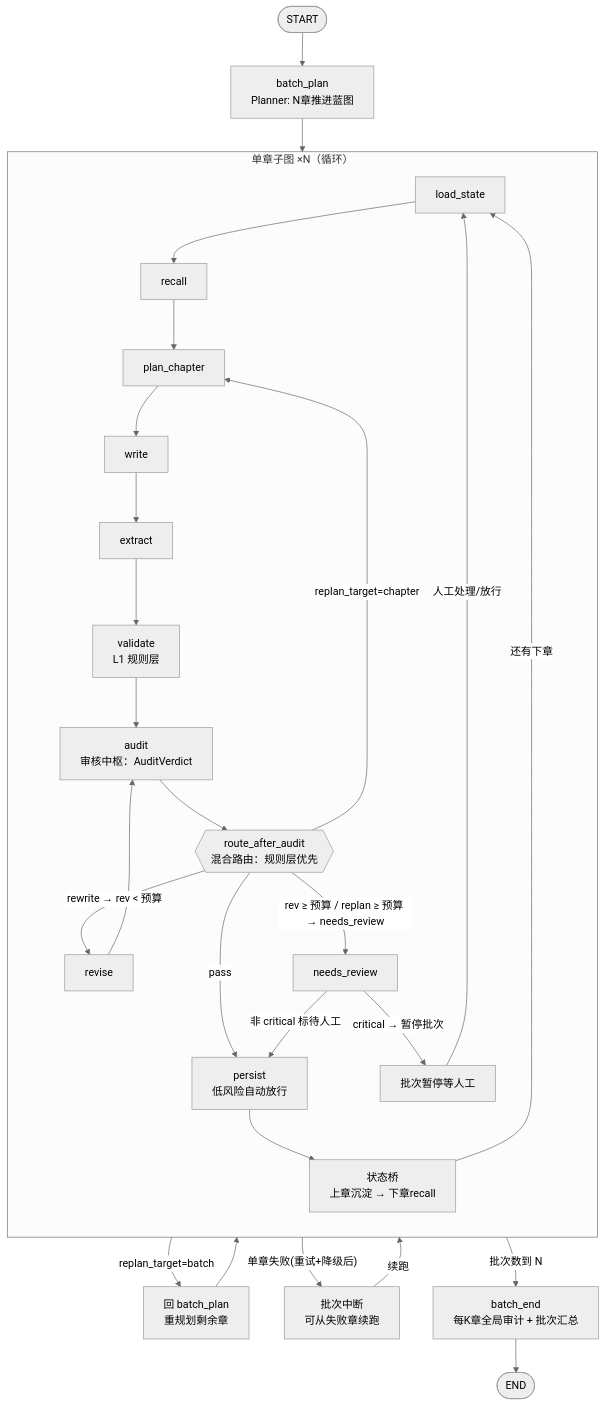
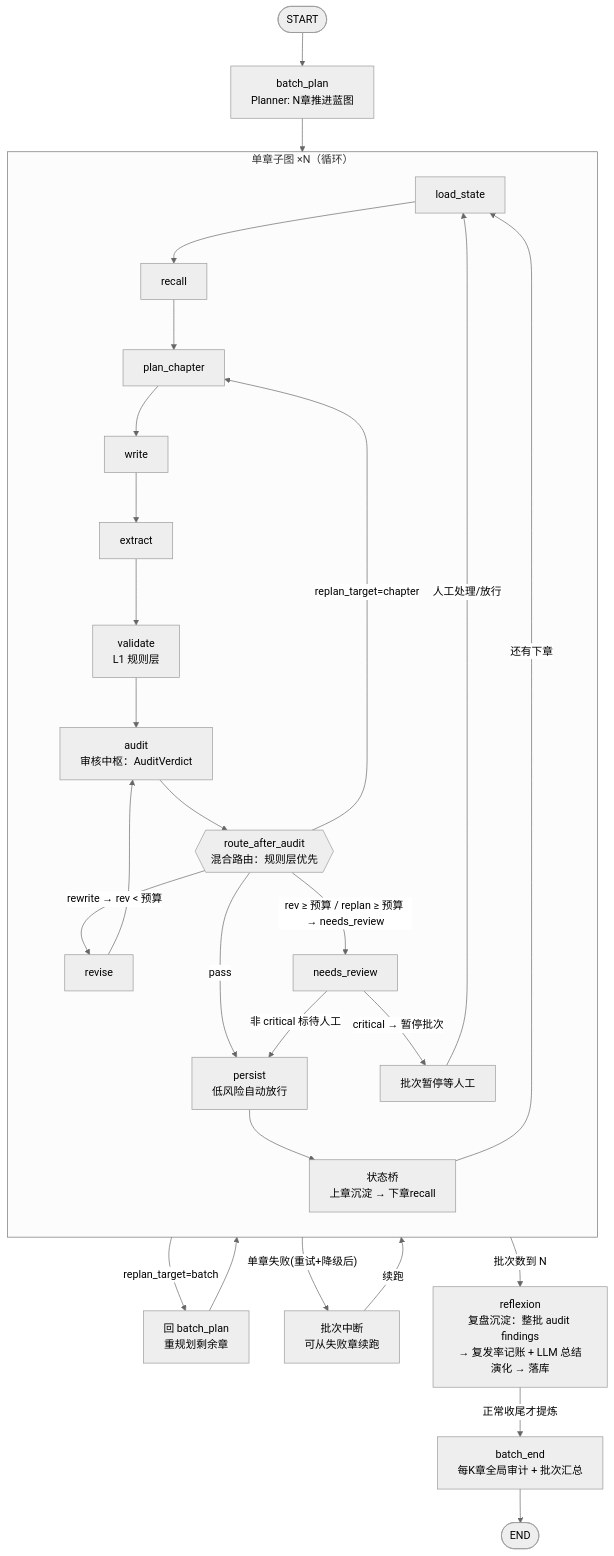
One commit to frostloom/Myink changed the diagram in spec/state-flow.md. Above: the diagram before and after it, drawn with Mermaid (neutral theme). The commit also changed other lines of this file and 18 other files, not shown here.

First line of the commit message:
阶段 3 首切片：reflexion 复盘沉淀闭环（audit 发现 → 跨章经验总结演化 → 注入后续章 + 复发率指标）

````diff
--- a/spec/state-flow.md
+++ b/spec/state-flow.md
@@ -13,32 +13,33 @@
 ```mermaid
 flowchart TD
     START([START]) --> BP[batch_plan<br/>Planner: N章推进蓝图]
     BP --> LS[load_state]
 
     subgraph CHAP["单章子图 ×N（循环）"]
         direction TB
         LS --> RC[recall]
         RC --> PC[plan_chapter]
         PC --> W[write]
         W --> EX[extract]
         EX --> VA[validate<br/>L1 规则层]
         VA --> AU[audit<br/>审核中枢：AuditVerdict]
         AU --> RT{{route_after_audit<br/>混合路由：规则层优先}}
         RT -- "pass" --> PERSIST[persist<br/>低风险自动放行]
         RT -- "rewrite → rev < 预算" --> RV[revise] --> AU
         RT -- "replan_target=chapter" --> PC
         RT -- "rev ≥ 预算 / replan ≥ 预算 → needs_review" --> NR[needs_review]
         NR -- "非 critical 标待人工" --> PERSIST
         NR -- "critical → 暂停批次" --> PAUSE[批次暂停等人工]
         PERSIST --> BRIDGE[状态桥<br/>上章沉淀 → 下章recall]
     end
 
     BRIDGE -- "还有下章" --> LS
     PAUSE -- "人工处理/放行" --> LS
     AU -- "replan_target=batch" --> REBP[回 batch_plan<br/>重规划剩余章]
     REBP --> LS
     BRIDGE -- "单章失败(重试+降级后)" --> FAIL[批次中断<br/>可从失败章续跑]
     FAIL -- "续跑" --> LS
-    BRIDGE -- "批次数到 N" --> BE[batch_end<br/>每K章全局审计 + 批次汇总]
+    BRIDGE -- "批次数到 N" --> RF[reflexion<br/>复盘沉淀：整批 audit findings<br/>→ 复发率记账 + LLM 总结演化 → 落库]
+    RF -- "正常收尾才提炼" --> BE[batch_end<br/>每K章全局审计 + 批次汇总]
     BE --> END([END])
 ```
````
